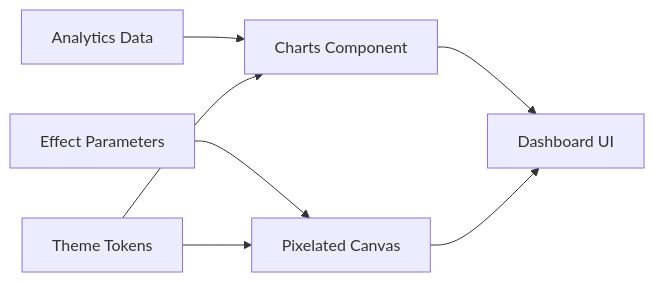
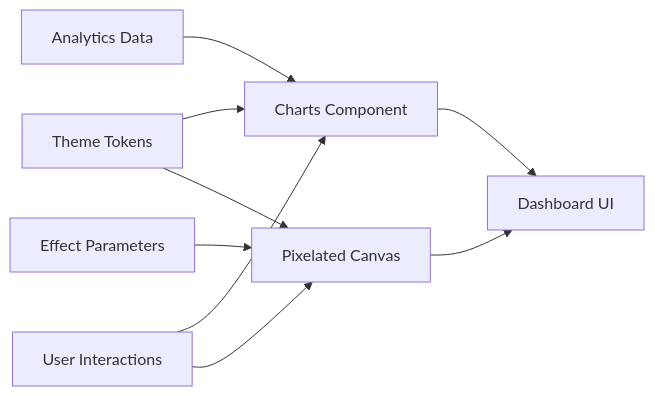
One commit to HassanAmeer/cheaprouter changed the sixth of 7 diagrams in .qoder/repowiki/en/content/Frontend Architecture/Component Library/Visualization Components.md. Above: the diagram before and after it, drawn with Mermaid. The commit also changed other lines of this file and 54 other files, not shown here.

````diff
--- a/.qoder/repowiki/en/content/Frontend Architecture/Component Library/Visualization Components.md
+++ b/.qoder/repowiki/en/content/Frontend Architecture/Component Library/Visualization Components.md
@@ -246,9 +286,11 @@
 ```mermaid
 graph LR
 Data["Analytics Data"] --> Charts["Charts Component"]
 Effects["Effect Parameters"] --> Canvas["Pixelated Canvas"]
 Theme["Theme Tokens"] --> Charts
 Theme --> Canvas
 Charts --> Dashboard["Dashboard UI"]
 Canvas --> Dashboard
+Interactive["User Interactions"] --> Charts
+Interactive --> Canvas
 ```
````
